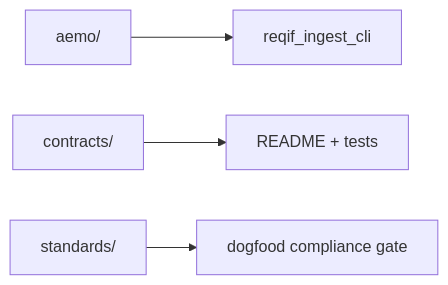
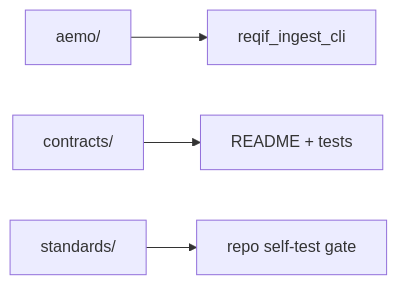
One commit to PromptExecution/reqif-opa-mcp changed the diagram in samples/README.md. Above: the diagram before and after it, drawn with Mermaid. The commit also changed other lines of this file and 3 other files, not shown here.

Commit message:
docs: simplify diagrams and clarify self-test language

````diff
--- a/samples/README.md
+++ b/samples/README.md
@@ -5,6 +5,6 @@
 ```mermaid
 flowchart LR
     A[aemo/] --> ING[reqif_ingest_cli]
     C[contracts/] --> DOCS[README + tests]
-    S[standards/] --> GATE[dogfood compliance gate]
+    S[standards/] --> GATE[repo self-test gate]
 ```
````
